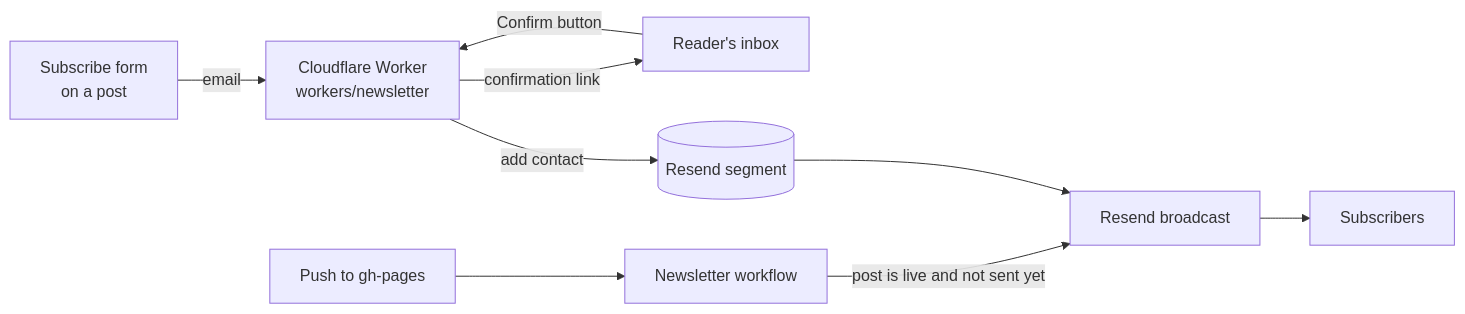
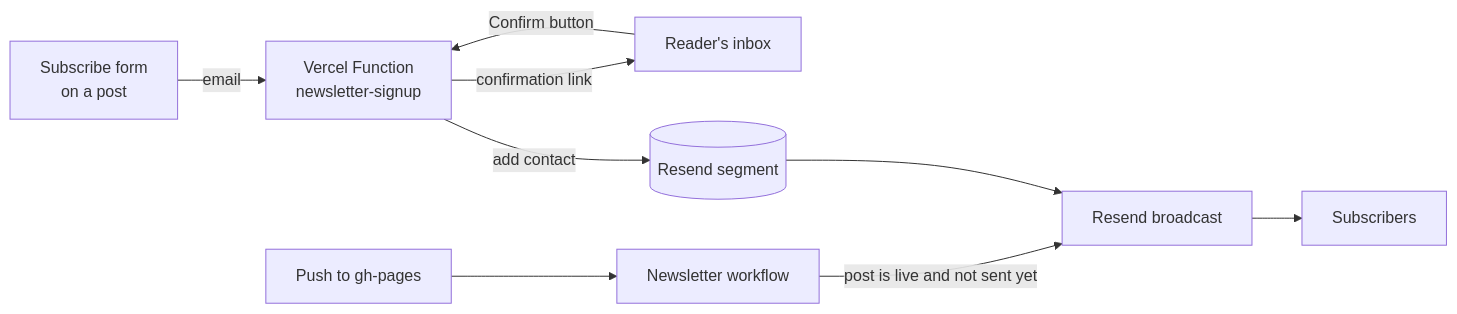
Before and after one commit to rajatguptarg/rajatguptarg.github.io: the diagram in README.md, drawn with Mermaid. The commit also changed other lines of this file and 9 other files, not shown here.

First line of the commit message:
Point the subscribe form at the Vercel sign-up function

````diff
--- a/README.md
+++ b/README.md
@@ -130,11 +130,11 @@
 ```mermaid
 flowchart LR
-  form["Subscribe form<br>on a post"] -->|email| worker["Cloudflare Worker<br>workers/newsletter"]
-  worker -->|confirmation link| inbox["Reader's inbox"]
-  inbox -->|Confirm button| worker
-  worker -->|add contact| segment[("Resend segment")]
+  form["Subscribe form<br>on a post"] -->|email| fn["Vercel Function<br>newsletter-signup"]
+  fn -->|confirmation link| inbox["Reader's inbox"]
+  inbox -->|Confirm button| fn
+  fn -->|add contact| segment[("Resend segment")]
   push["Push to gh-pages"] --> action["Newsletter workflow"]
   action -->|post is live and not sent yet| broadcast["Resend broadcast"]
   segment --> broadcast
   broadcast --> readers["Subscribers"]
 ```
````
